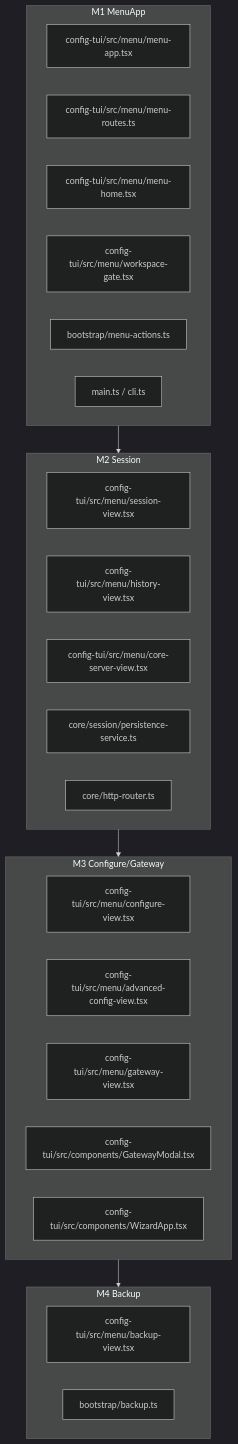
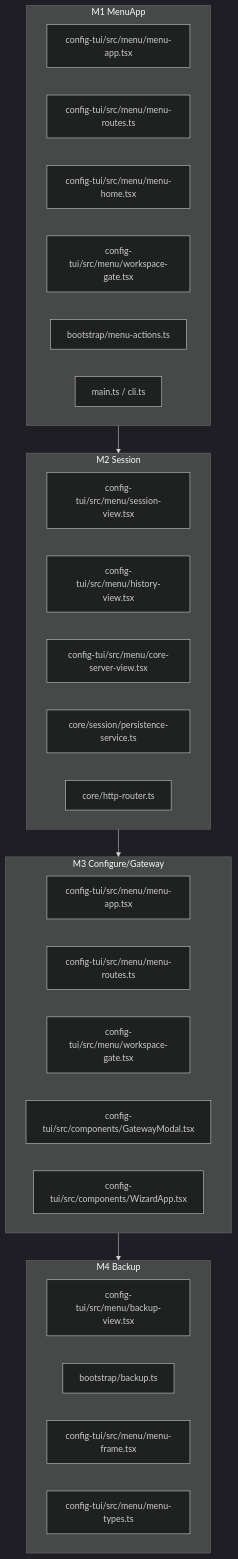
One commit to aokihu/atom_neo changed diagram 12 of 13 in docs/subsystems/atom_neo_2026-11-19_menu_config_integration_graph.md. Above: the diagram before and after it, drawn with Mermaid (dark theme). The commit also changed other lines of this file and 36 other files, not shown here.

````diff
--- a/docs/subsystems/atom_neo_2026-11-19_menu_config_integration_graph.md
+++ b/docs/subsystems/atom_neo_2026-11-19_menu_config_integration_graph.md
@@ -354,34 +370,36 @@
 ```mermaid
 graph TB
     subgraph M1["M1 MenuApp"]
         F1["config-tui/src/menu/menu-app.tsx"]
         F2["config-tui/src/menu/menu-routes.ts"]
         F3["config-tui/src/menu/menu-home.tsx"]
         F4["config-tui/src/menu/workspace-gate.tsx"]
         F5["bootstrap/menu-actions.ts"]
         F6["main.ts / cli.ts"]
     end
 
     subgraph M2["M2 Session"]
         F7["config-tui/src/menu/session-view.tsx"]
         F8["config-tui/src/menu/history-view.tsx"]
         F9["config-tui/src/menu/core-server-view.tsx"]
         F10["core/session/persistence-service.ts"]
         F11["core/http-router.ts"]
     end
 
     subgraph M3["M3 Configure/Gateway"]
-        F12["config-tui/src/menu/configure-view.tsx"]
-        F13["config-tui/src/menu/advanced-config-view.tsx"]
-        F14["config-tui/src/menu/gateway-view.tsx"]
+        F12["config-tui/src/menu/menu-app.tsx"]
+        F13["config-tui/src/menu/menu-routes.ts"]
+        F14["config-tui/src/menu/workspace-gate.tsx"]
         F15["config-tui/src/components/GatewayModal.tsx"]
         F16["config-tui/src/components/WizardApp.tsx"]
     end
 
     subgraph M4["M4 Backup"]
         F17["config-tui/src/menu/backup-view.tsx"]
         F18["bootstrap/backup.ts"]
+        F19["config-tui/src/menu/menu-frame.tsx"]
+        F20["config-tui/src/menu/menu-types.ts"]
     end
 
     M1 --> M2 --> M3 --> M4
 ```
````
